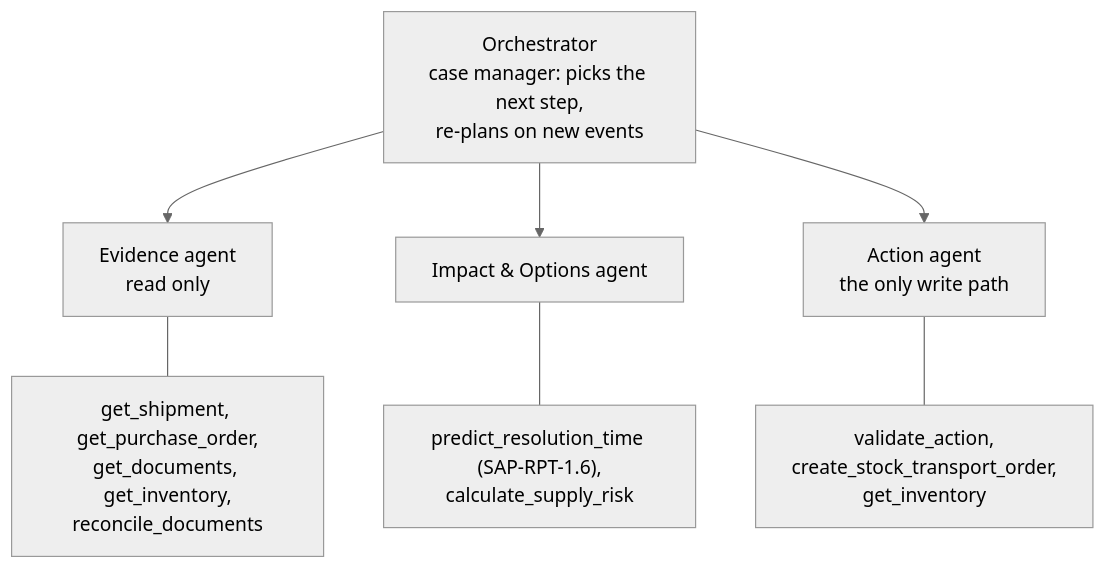
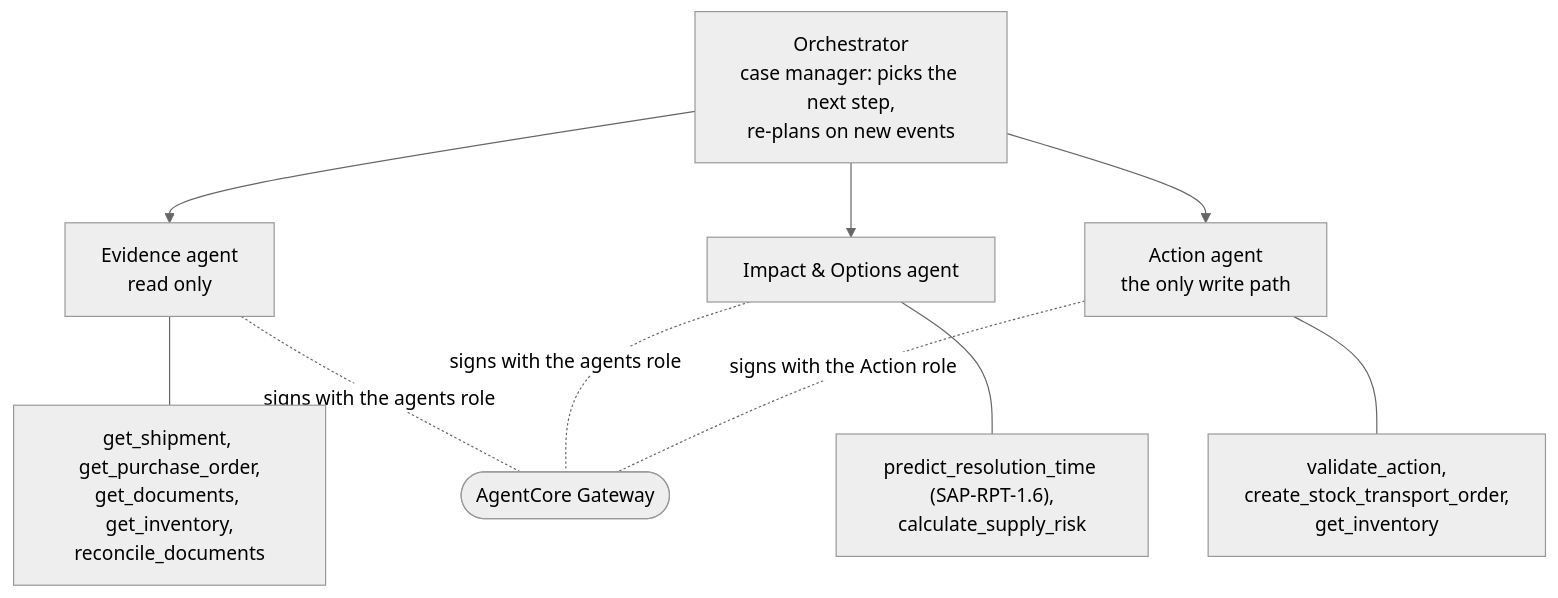
The third of 3 diagrams in docs/architecture.md (KrisnaPutraP/clear), drawn with Mermaid (neutral theme) before and after one commit. The commit also changed other lines of this file and 12 other files, not shown here.

````diff
--- a/docs/architecture.md
+++ b/docs/architecture.md
@@ -50,13 +111,16 @@
 ```mermaid
 flowchart TB
     o["Orchestrator<br/>case manager: picks the next step,<br/>re-plans on new events"]
     e["Evidence agent<br/>read only"]
     i["Impact & Options agent"]
     a["Action agent<br/>the only write path"]
     o --> e
     o --> i
     o --> a
     e --- te["get_shipment, get_purchase_order,<br/>get_documents, get_inventory,<br/>reconcile_documents"]
     i --- ti["predict_resolution_time (SAP-RPT-1.6),<br/>calculate_supply_risk"]
     a --- ta["validate_action,<br/>create_stock_transport_order,<br/>get_inventory"]
+    e -. "signs with the agents role" .- gwa(["AgentCore Gateway"])
+    i -. "signs with the agents role" .- gwa
+    a -. "signs with the Action role" .- gwa
 ```
````
